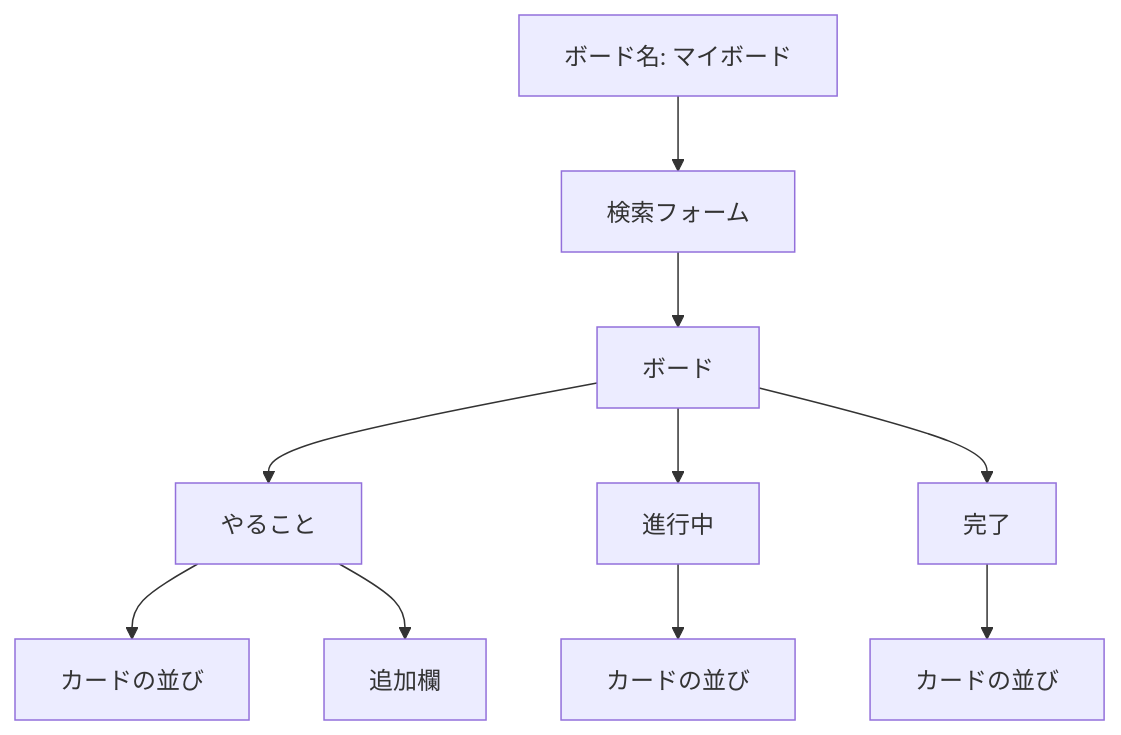
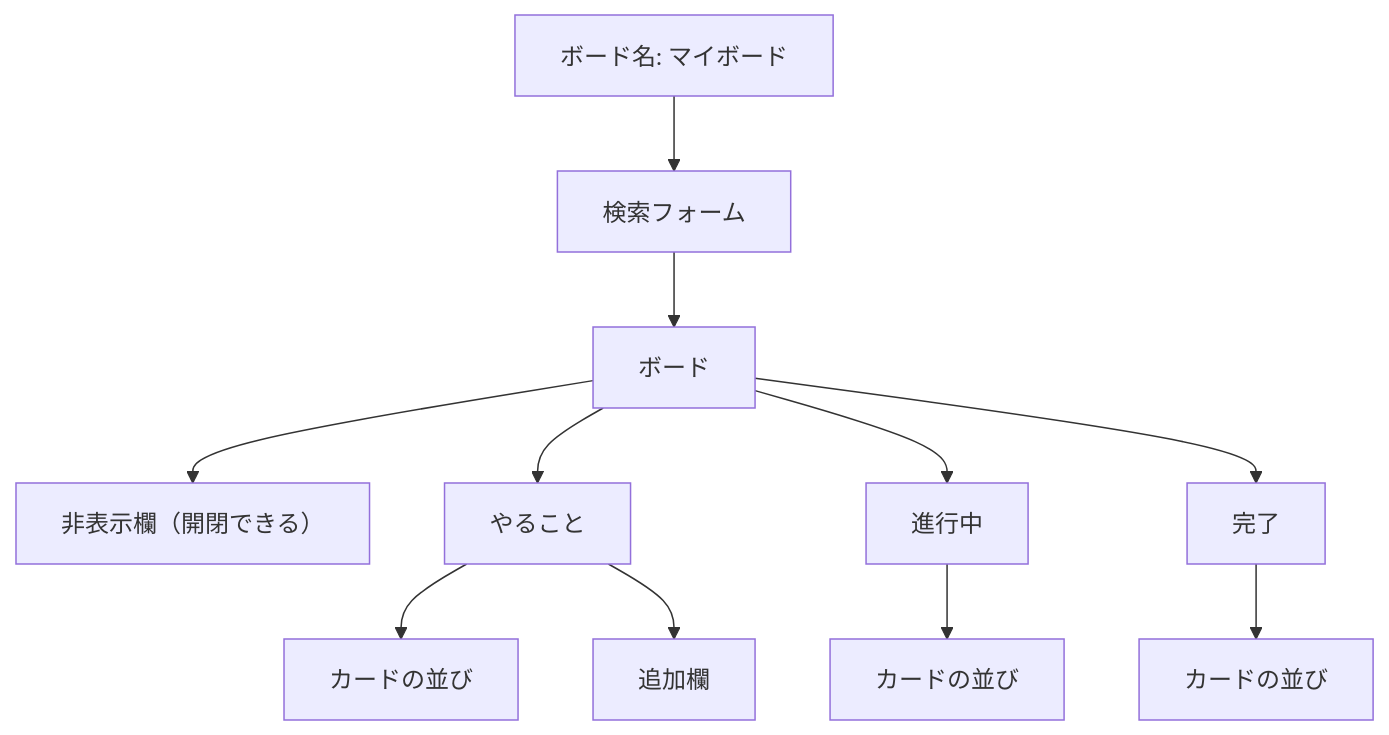
The first of 2 diagrams in docs/screen-design.md (mako-19960920/TaskManagement), drawn with Mermaid before and after one commit. The commit also changed other lines of this file and 23 other files, not shown here.

````diff
--- a/docs/screen-design.md
+++ b/docs/screen-design.md
@@ -17,14 +17,15 @@
 ```mermaid
 flowchart TB
   header["ボード名: マイボード"]
   search["検索フォーム"]
   board["ボード"]
-  header --> search --> board
+  hiddenPanel["非表示欄（開閉できる）"]
+  header --> search --> board --> hiddenPanel
   board --> todo["やること"]
   board --> doing["進行中"]
   board --> done["完了"]
   todo --> todoCards["カードの並び"]
   todo --> form["追加欄"]
   doing --> doingCards["カードの並び"]
   done --> doneCards["カードの並び"]
 ```
````
